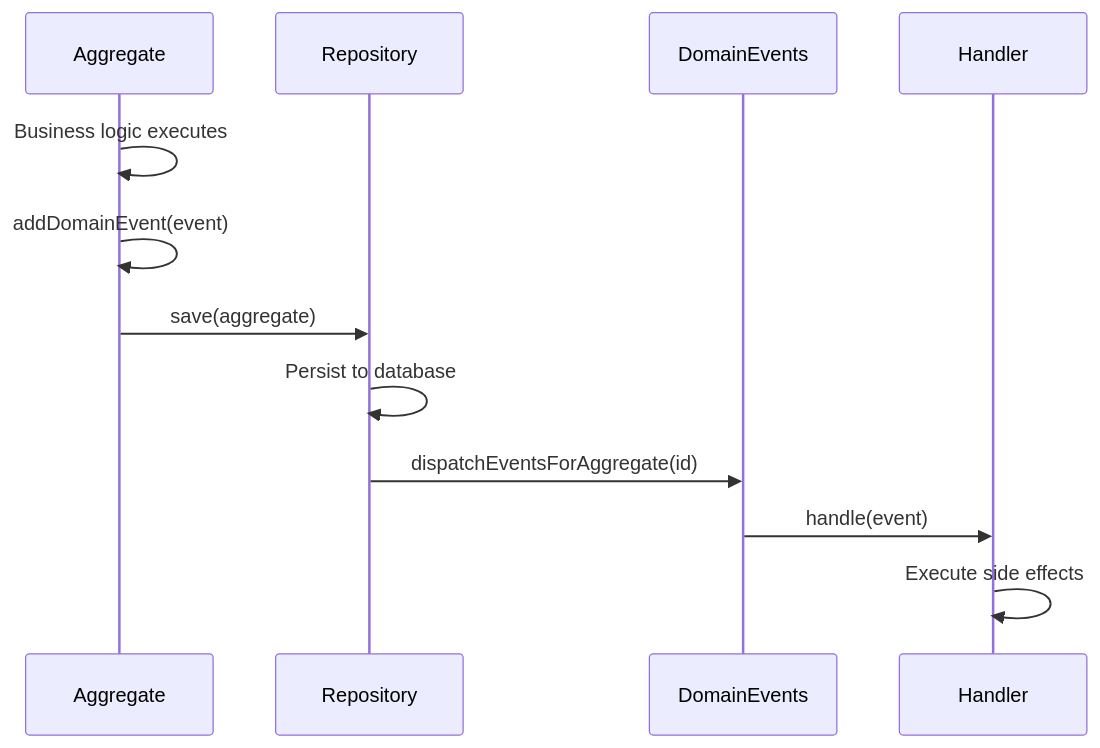
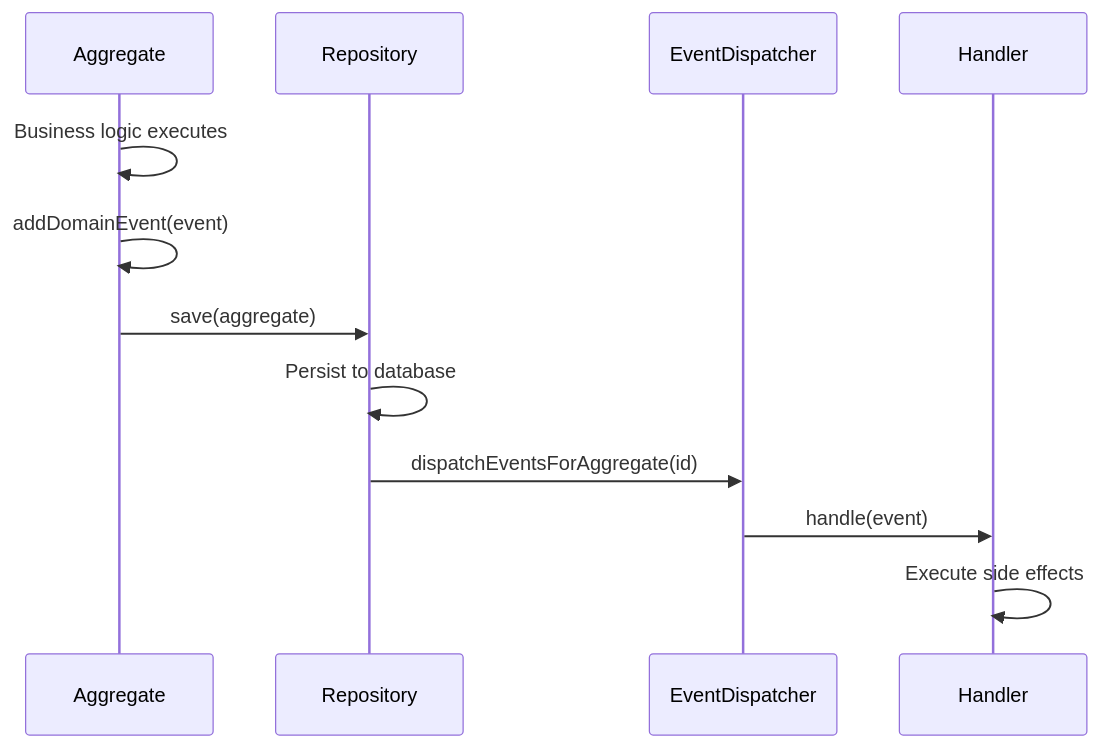
One commit to papitapapita/network-monitor changed the first of 7 diagrams in docs/EVENT-FLOWS.md. Above: the diagram before and after it, drawn with Mermaid. The commit also changed other lines of this file and 16 other files, not shown here.

Commit message:
- Changed the name of DomainEvents to EventDispatcher and updated all its references - Changed the Eventhandlers approach from funtion based to class based - Updated their respective standards

````diff
--- a/docs/EVENT-FLOWS.md
+++ b/docs/EVENT-FLOWS.md
@@ -75,15 +82,15 @@
 ```mermaid
 sequenceDiagram
     participant Aggregate
     participant Repository
-    participant DomainEvents
+    participant EventDispatcher
     participant Handler
 
     Aggregate->>Aggregate: Business logic executes
     Aggregate->>Aggregate: addDomainEvent(event)
     Aggregate->>Repository: save(aggregate)
     Repository->>Repository: Persist to database
-    Repository->>DomainEvents: dispatchEventsForAggregate(id)
-    DomainEvents->>Handler: handle(event)
+    Repository->>EventDispatcher: dispatchEventsForAggregate(id)
+    EventDispatcher->>Handler: handle(event)
     Handler->>Handler: Execute side effects
 ```
````
